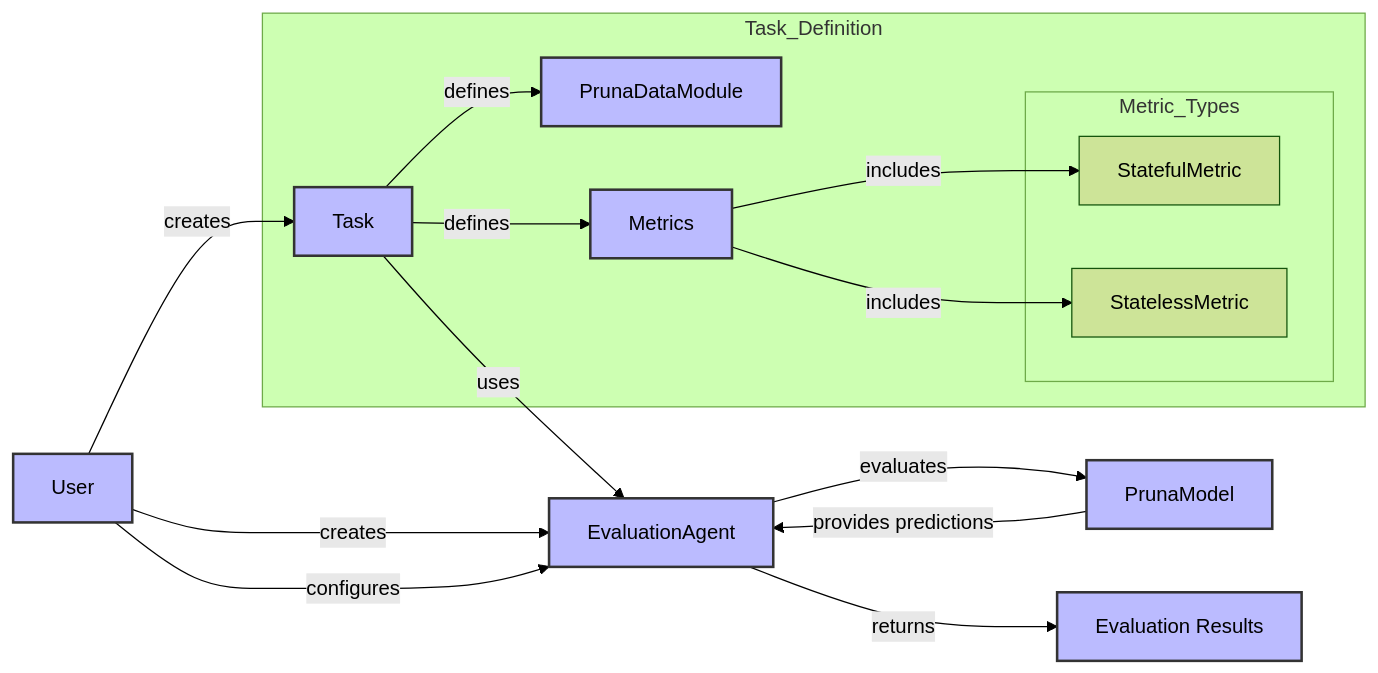
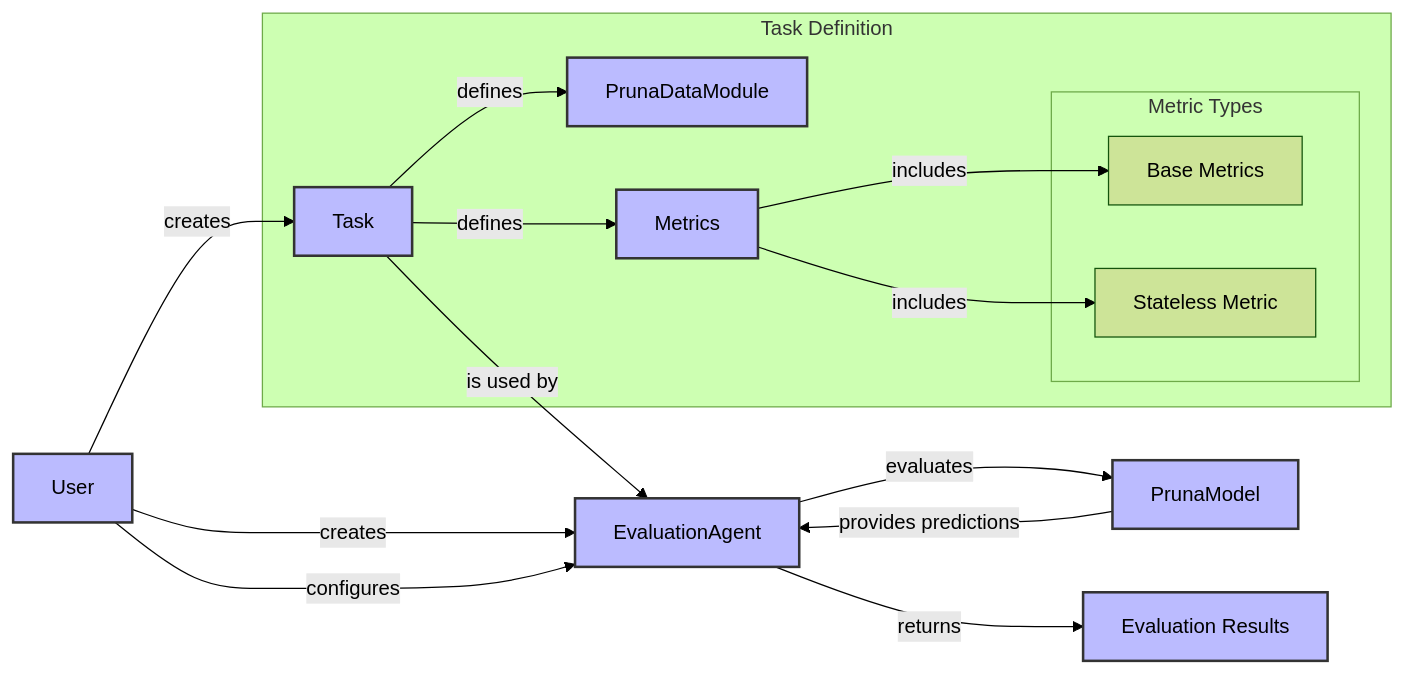
The diagram in docs/user_manual/evaluate.rst (PrunaAI/pruna), drawn with Mermaid (forest theme) before and after one commit. The commit also changed 1 other file, not shown here.

Commit message:
docs: refine user manual for clarity in evaluation workflow and metric terminology
- Updated the evaluation workflow diagram to clarify the relationships between components.
- Changed terminology from "uses" to "is used by" for better accuracy.
- Standardized metric type references and improved subgraph labeling for consistency.

```diff
--- a/docs/user_manual/evaluate.rst
+++ b/docs/user_manual/evaluate.rst
@@ -16,35 +16,35 @@
 .. mermaid::
    :align: center
 
    graph LR
     User -->|creates| Task
     User -->|creates| EvaluationAgent
     Task -->|defines| PrunaDataModule
     Task -->|defines| Metrics
-    Task -->|uses| EvaluationAgent
-    Metrics -->|includes| StatefulMetric
-    Metrics -->|includes| StatelessMetric
+    Task -->|is used by| EvaluationAgent
+    Metrics -->|includes| B["Base Metrics"]
+    Metrics -->|includes| C["Stateless Metric"]
     PrunaModel -->|provides predictions| EvaluationAgent
     EvaluationAgent -->|evaluates| PrunaModel
-    EvaluationAgent -->|returns| C["Evaluation Results"]
+    EvaluationAgent -->|returns| D["Evaluation Results"]
     User -->|configures| EvaluationAgent
 
-    subgraph Metric_Types
-    StatefulMetric
-    StatelessMetric
+    subgraph A["Metric Types"]
+        B
+        C
     end
 
-    subgraph Task_Definition
-    Task
-    PrunaDataModule
-    Metrics
-    Metric_Types
+    subgraph E["Task Definition"]
+        Task
+        PrunaDataModule
+        Metrics
+        A
     end
 
     style User fill:#bbf,stroke:#333,stroke-width:2px
     style Task fill:#bbf,stroke:#333,stroke-width:2px
     style EvaluationAgent fill:#bbf,stroke:#333,stroke-width:2px
     style PrunaDataModule fill:#bbf,stroke:#333,stroke-width:2px
     style PrunaModel fill:#bbf,stroke:#333,stroke-width:2px
-    style C fill:#bbf,stroke:#333,stroke-width:2px
+    style D fill:#bbf,stroke:#333,stroke-width:2px
     style Metrics fill:#bbf,stroke:#333,stroke-width:2px
```
